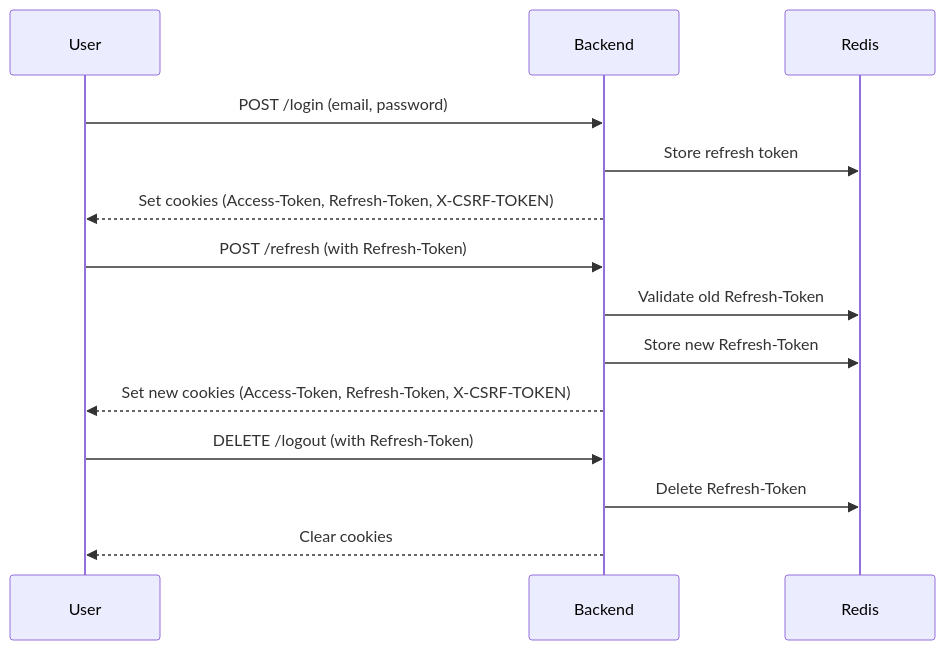
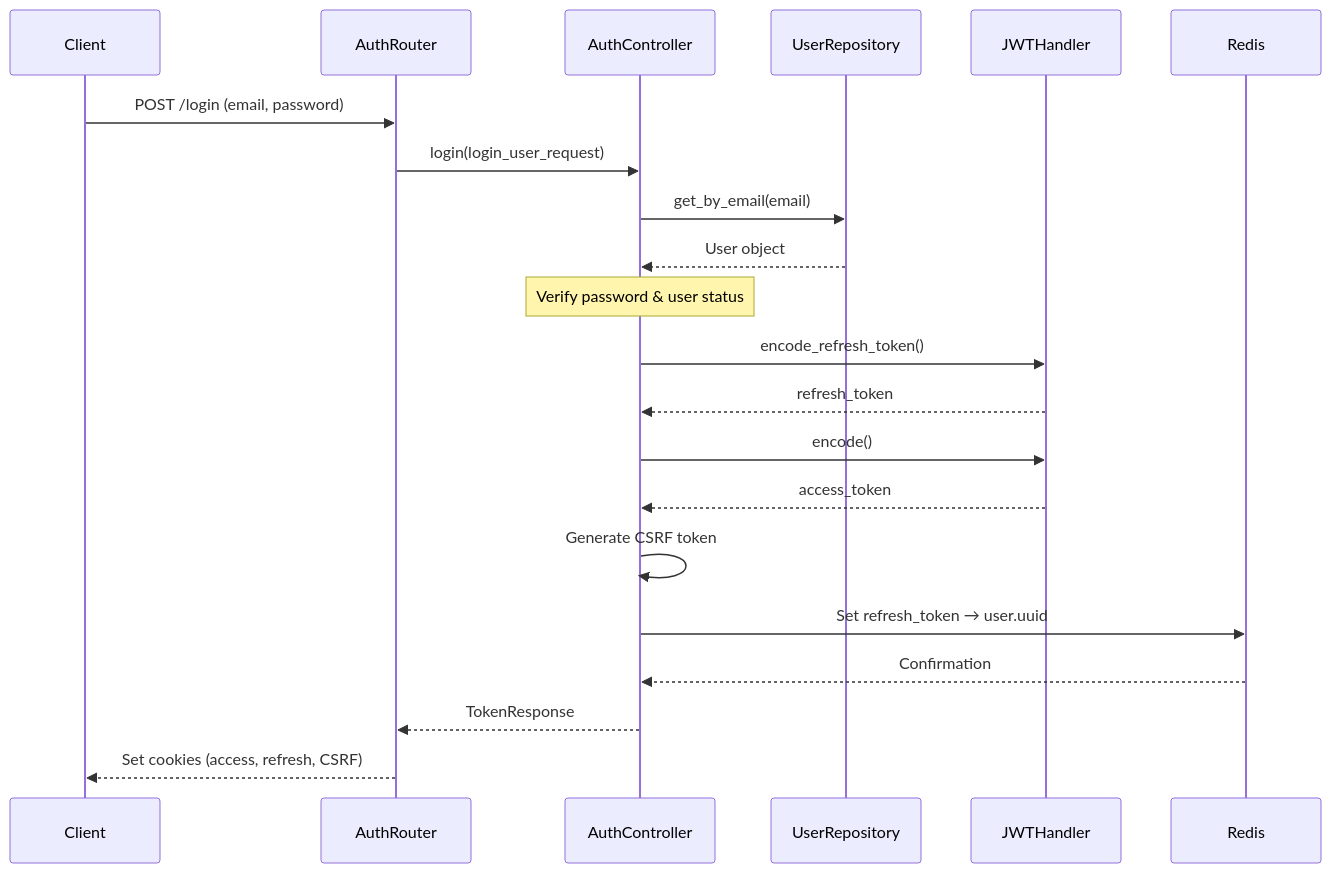
One commit to amirzre/fastapi-boilerplate changed the first of 3 diagrams in docs/authentication.md. Above: the diagram before and after it, drawn with Mermaid. The commit also changed other lines of this file, not shown here.

````diff
--- a/docs/authentication.md
+++ b/docs/authentication.md
@@ -62,19 +19,28 @@
 ```mermaid
 sequenceDiagram
-    participant User
-    participant Backend
+    participant Client
+    participant AuthRouter
+    participant AuthController
+    participant UserRepository
+    participant JWTHandler
     participant Redis
 
-    User->>Backend: POST /login (email, password)
-    Backend->>Redis: Store refresh token
-    Backend-->>User: Set cookies (Access-Token, Refresh-Token, X-CSRF-TOKEN)
-
-    User->>Backend: POST /refresh (with Refresh-Token)
-    Backend->>Redis: Validate old Refresh-Token
-    Backend->>Redis: Store new Refresh-Token
-    Backend-->>User: Set new cookies (Access-Token, Refresh-Token, X-CSRF-TOKEN)
-
-    User->>Backend: DELETE /logout (with Refresh-Token)
-    Backend->>Redis: Delete Refresh-Token
-    Backend-->>User: Clear cookies
+    Client->>AuthRouter: POST /login (email, password)
+    AuthRouter->>AuthController: login(login_user_request)
+    AuthController->>UserRepository: get_by_email(email)
+    UserRepository-->>AuthController: User object
+    
+    Note over AuthController: Verify password & user status
+    
+    AuthController->>JWTHandler: encode_refresh_token()
+    JWTHandler-->>AuthController: refresh_token
+    AuthController->>JWTHandler: encode()
+    JWTHandler-->>AuthController: access_token
+    AuthController->>AuthController: Generate CSRF token
+    
+    AuthController->>Redis: Set refresh_token → user.uuid
+    Redis-->>AuthController: Confirmation
+    
+    AuthController-->>AuthRouter: TokenResponse
+    AuthRouter-->>Client: Set cookies (access, refresh, CSRF)
 ```
````
